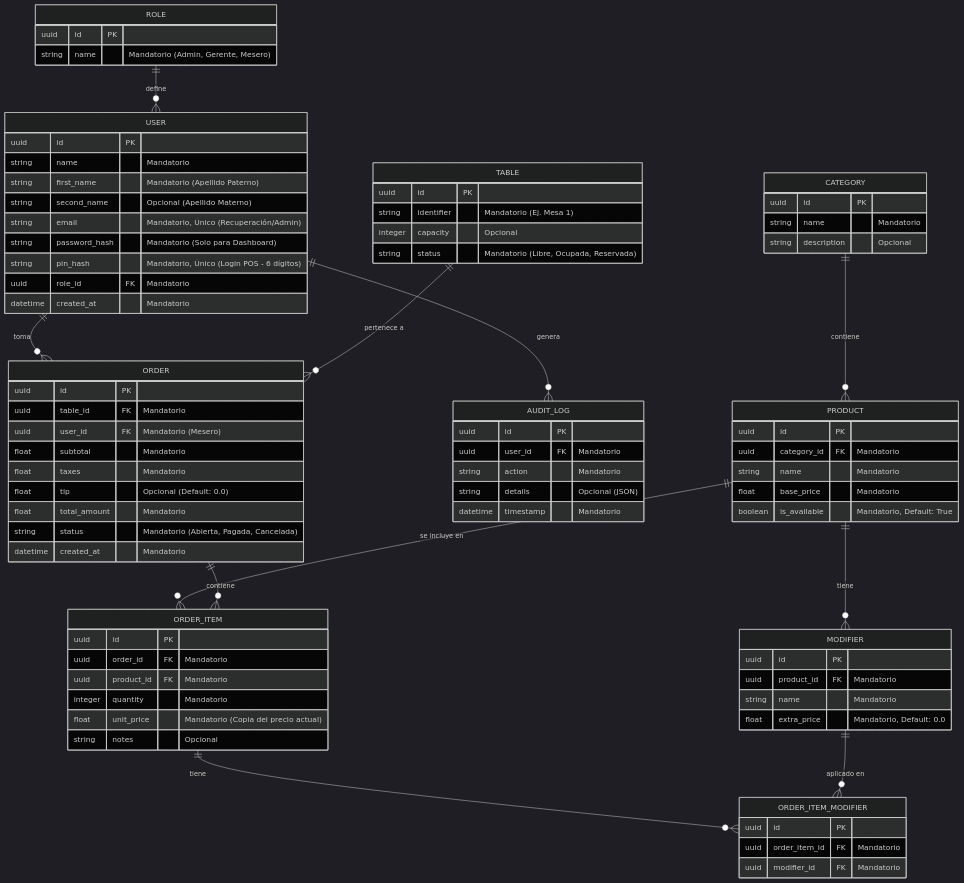
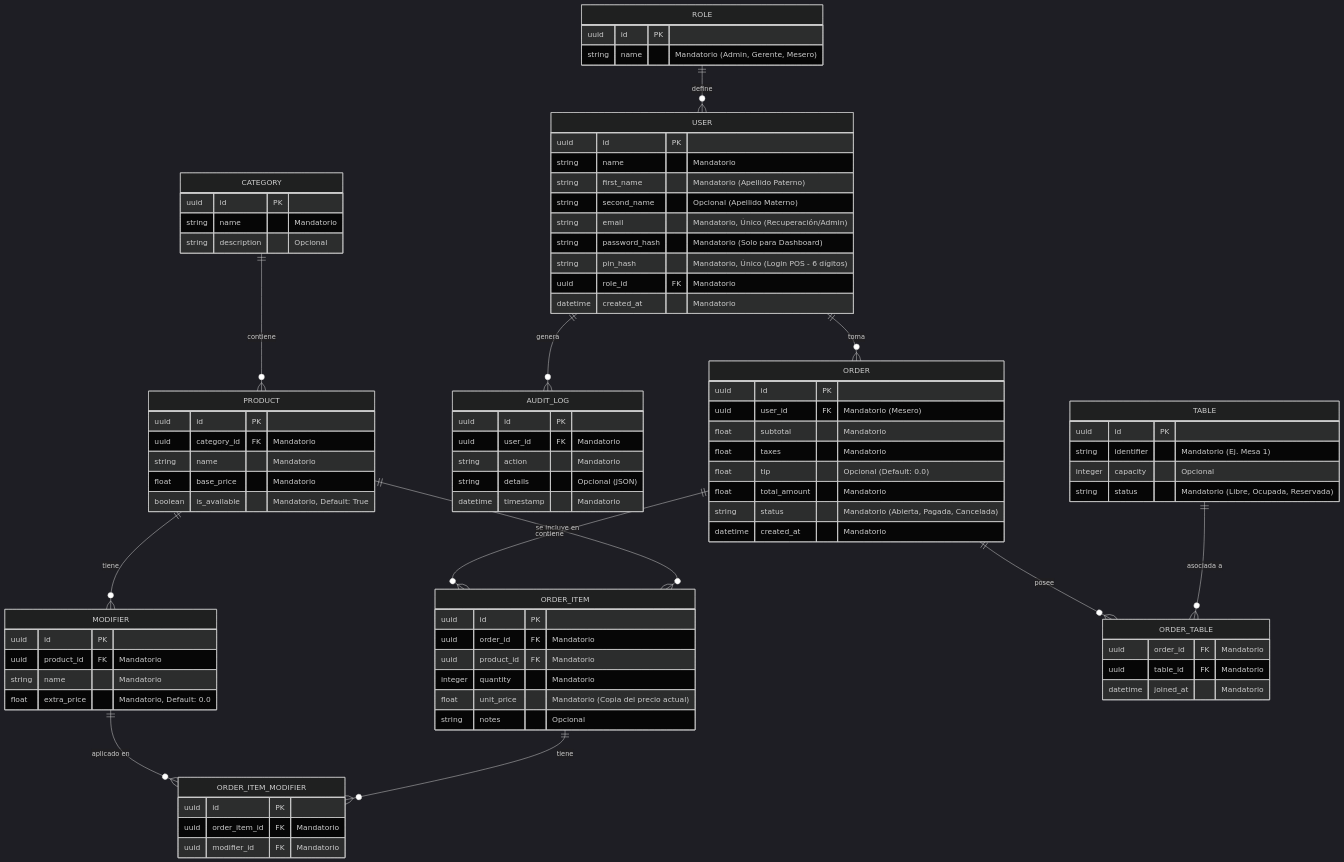
The diagram in documentation/database_design.md (0M1N1D0/SystemPOSBackend), drawn with Mermaid (dark theme) before and after one commit.

Commit message:
update diseño db

```diff
--- a/documentation/database_design.md
+++ b/documentation/database_design.md
@@ -14,7 +14,8 @@
     PRODUCT ||--o{ MODIFIER : "tiene"
     PRODUCT ||--o{ ORDER_ITEM : "se incluye en"
     
-    TABLE ||--o{ ORDER : "pertenece a"
+    TABLE ||--o{ ORDER_TABLE : "asociada a"
+    ORDER ||--o{ ORDER_TABLE : "posee"
     
     ORDER ||--o{ ORDER_ITEM : "contiene"
     ORDER_ITEM ||--o{ ORDER_ITEM_MODIFIER : "tiene"
@@ -67,7 +68,6 @@
 
     ORDER {
         uuid id PK
-        uuid table_id FK "Mandatorio"
         uuid user_id FK "Mandatorio (Mesero)"
         float subtotal "Mandatorio"
         float taxes "Mandatorio"
@@ -75,6 +75,12 @@
         float total_amount "Mandatorio"
         string status "Mandatorio (Abierta, Pagada, Cancelada)"
         datetime created_at "Mandatorio"
+    }
+
+    ORDER_TABLE {
+        uuid order_id FK "Mandatorio"
+        uuid table_id FK "Mandatorio"
+        datetime joined_at "Mandatorio"
     }
 
     ORDER_ITEM {
```
